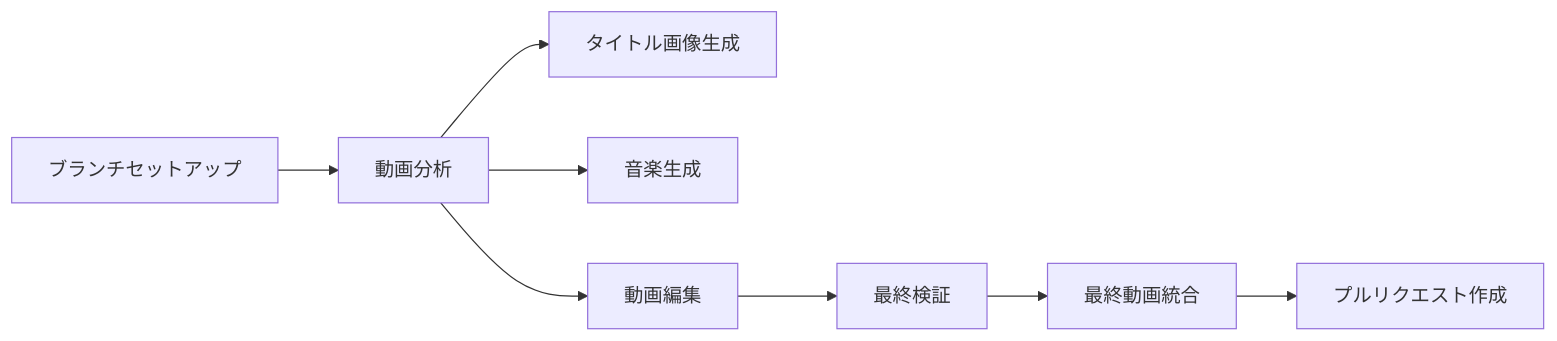
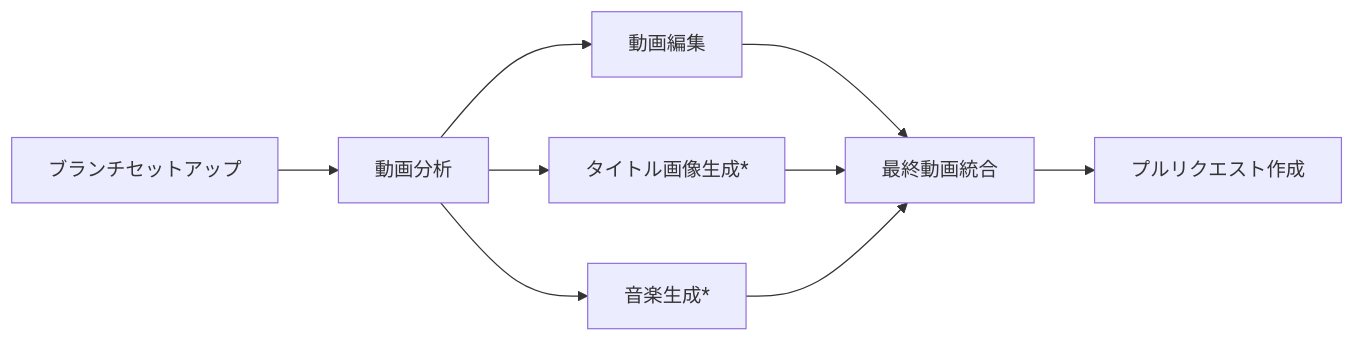
One commit to kousunh/kamuicode-workflow-video-description changed the first of 2 diagrams in README.md. Above: the diagram before and after it, drawn with Mermaid. The commit also changed other lines of this file and 14 other files, not shown here.

````diff
--- a/README.md
+++ b/README.md
@@ -23,10 +23,11 @@
 ```mermaid
 graph LR
     A[ブランチセットアップ] --> B[動画分析]
-    B --> C[タイトル画像生成]
-    B --> D[音楽生成]
-    B --> E[動画編集]
-    E --> F[最終検証]
-    F --> G[最終動画統合]
-    G --> H[プルリクエスト作成]
+    B --> C[動画編集]
+    B --> D[タイトル画像生成*]
+    B --> E[音楽生成*]
+    C --> F[最終動画統合]
+    D --> F
+    E --> F
+    F --> G[プルリクエスト作成]
 ```
````
